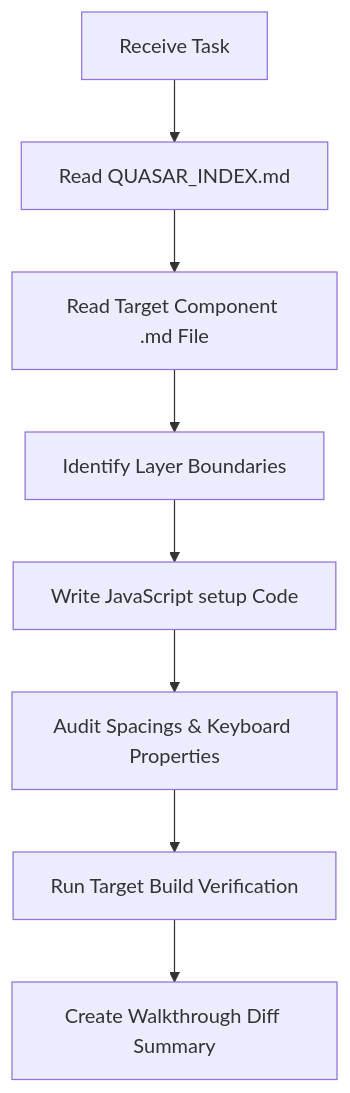
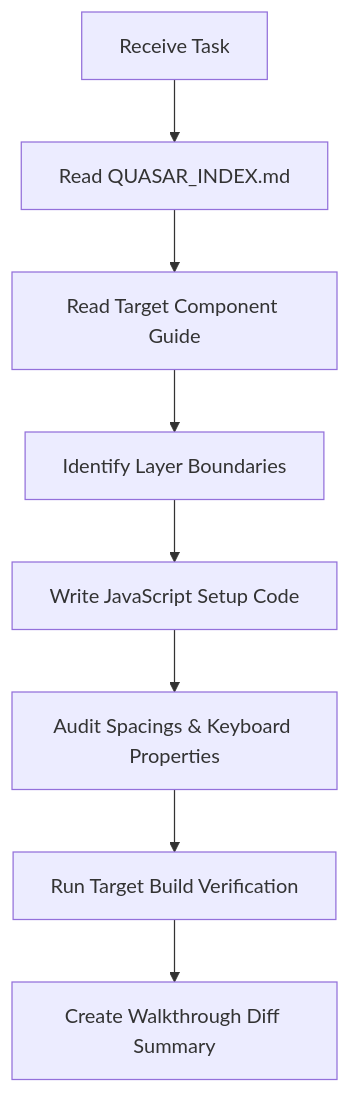
The diagram in References/Quasar/92_QUASAR_AI_IMPLEMENTATION_RULES.md (firumon/little-leap-aql), drawn with Mermaid before and after one commit. The commit also changed other lines of this file and 42 other files, not shown here.

Commit message:
docs: refine architecture rules and comprehensive Quasar Framework documentation

````diff
--- a/References/Quasar/92_QUASAR_AI_IMPLEMENTATION_RULES.md
+++ b/References/Quasar/92_QUASAR_AI_IMPLEMENTATION_RULES.md
@@ -35,10 +20,10 @@
 ```mermaid
 graph TD
     A[Receive Task] --> B[Read QUASAR_INDEX.md]
-    B --> C[Read Target Component .md File]
+    B --> C[Read Target Component Guide]
     C --> D[Identify Layer Boundaries]
-    D --> E[Write JavaScript setup Code]
+    D --> E[Write JavaScript Setup Code]
     E --> F[Audit Spacings & Keyboard Properties]
     F --> G[Run Target Build Verification]
     G --> H[Create Walkthrough Diff Summary]
 ```
````
